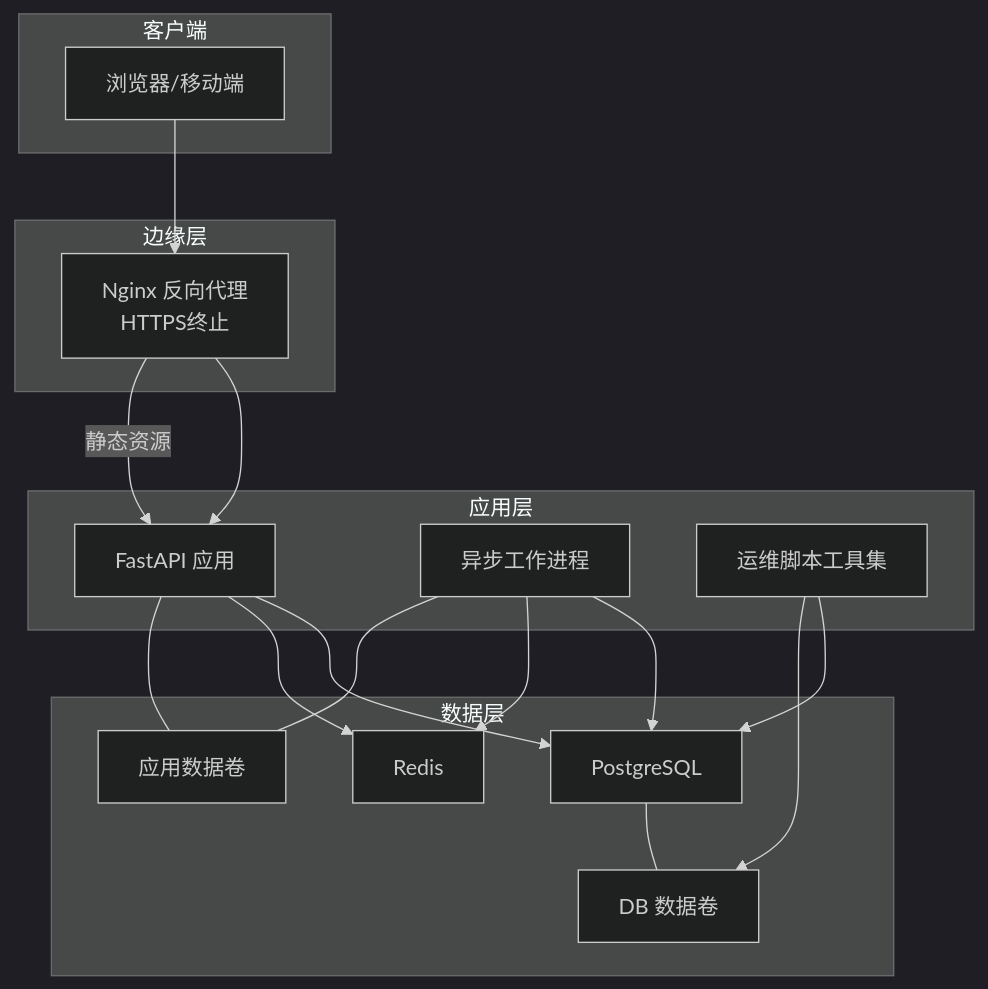
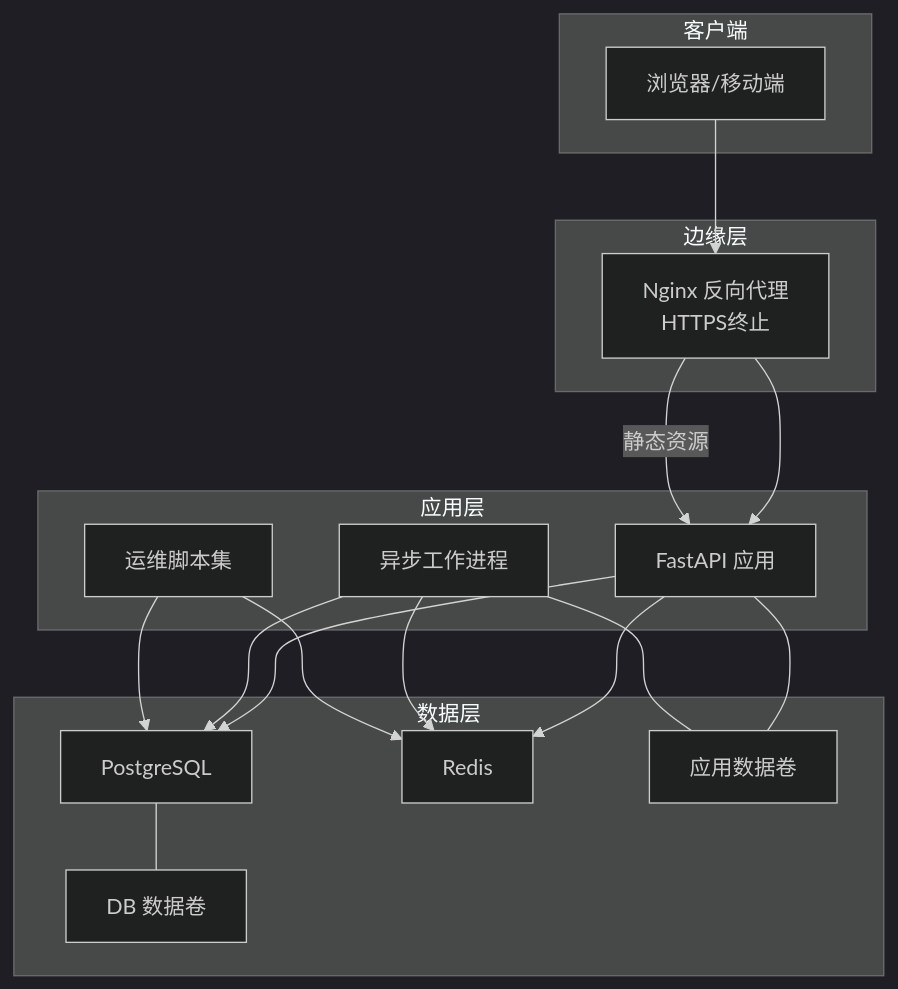
One commit to vu1Art1st/talos changed the first of 9 diagrams in .qoder/repowiki/zh/content/部署配置/部署配置.md. Above: the diagram before and after it, drawn with Mermaid (dark theme). The commit also changed other lines of this file and 132 other files, not shown here.

````diff
--- a/.qoder/repowiki/zh/content/部署配置/部署配置.md
+++ b/.qoder/repowiki/zh/content/部署配置/部署配置.md
@@ -54,32 +55,32 @@
 ```mermaid
 graph TB
 subgraph "客户端"
 U["浏览器/移动端"]
 end
 subgraph "边缘层"
 NGINX["Nginx 反向代理<br/>HTTPS终止"]
 end
 subgraph "应用层"
 API["FastAPI 应用"]
 WORKER["异步工作进程"]
-OPS["运维脚本工具集"]
+SCRIPTS["运维脚本集"]
 end
 subgraph "数据层"
 DB["PostgreSQL"]
 REDIS["Redis"]
 VOL_DB["DB 数据卷"]
 VOL_APP["应用数据卷"]
 end
 U --> NGINX
 NGINX --> API
 NGINX --> |静态资源| API
 API --> DB
 API --> REDIS
 WORKER --> DB
 WORKER --> REDIS
-OPS --> DB
-OPS --> VOL_DB
+SCRIPTS --> DB
+SCRIPTS --> REDIS
 DB --- VOL_DB
 API --- VOL_APP
 WORKER --- VOL_APP
 ```
````
